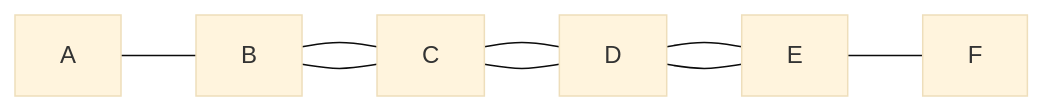
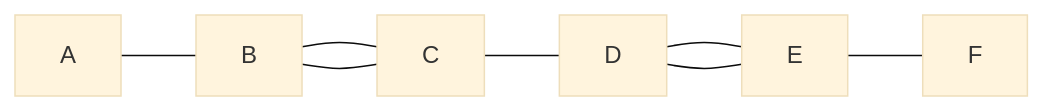
The first of 3 diagrams in articles/mermaid-duplicate-objects.md (noraworld/devlog), drawn with Mermaid (base theme) before and after one commit. The commit also changed other lines of this file, not shown here.

Commit message:
[JP] 説明の図が一部間違っていたので修正

````diff
--- a/articles/mermaid-duplicate-objects.md
+++ b/articles/mermaid-duplicate-objects.md
@@ -32,5 +33,6 @@
 ```mermaid
 flowchart LR
     A --- B --- C --- D --- E --- F
-          B --- C --- D --- E
+    B --- C
+    D --- E
 ```
````
